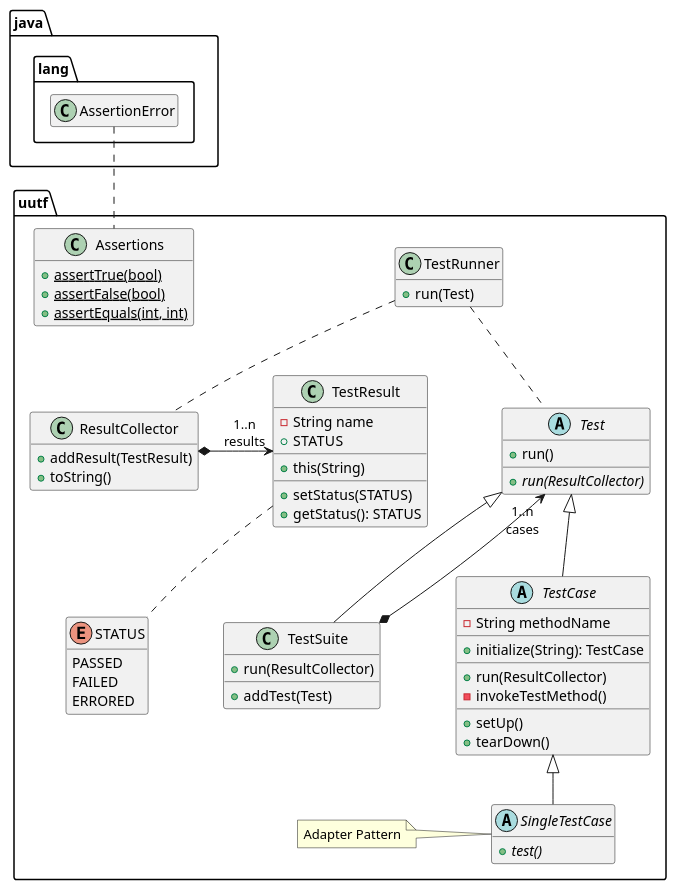
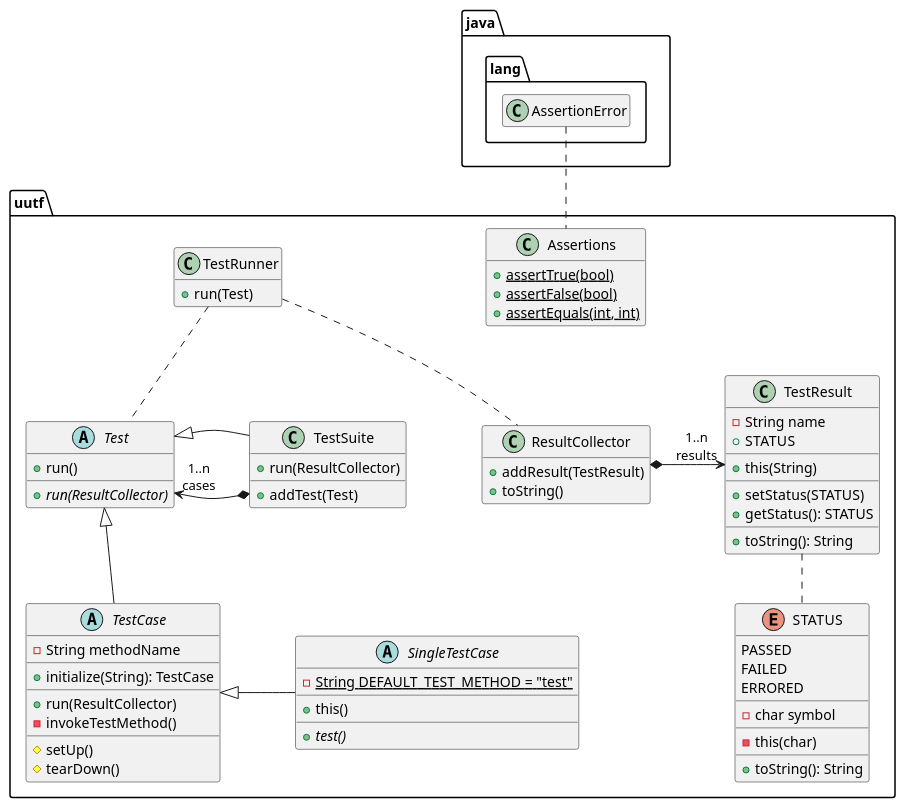
Before and after one commit to ace-lectures/inf5153-junit-demo: the diagram in docs/uml/6_integration_java.puml, drawn with PlantUML. The commit also changed 24 other files, not shown here.

```diff
--- a/docs/uml/6_integration_java.puml
+++ b/docs/uml/6_integration_java.puml
@@ -1,98 +1,109 @@
 @startuml
 
 skinparam nodesep 75
 skinparam ranksep 50
 hide empty members
 
 package uutf {
 
   class Assertions {
     + {static} assertTrue(bool)
     + {static} assertFalse(bool)
     + {static} assertEquals(int, int)
   }
 
   abstract class Test {
     + run()
     __
     + {abstract} run(ResultCollector)
   }
 
   abstract class TestCase {
     - String methodName
     __
     + initialize(String): TestCase
     __
     + run(ResultCollector)
     - invokeTestMethod()
     __
-    + setUp()
-    + tearDown()
+    # setUp()
+    # tearDown()
   }
 
   abstract class SingleTestCase {
-      + {abstract} test()
+    - {static} String DEFAULT_TEST_METHOD = "test"
+    __
+    + this()
+    __
+    + {abstract} test()
   }
-  note left: Adapter Pattern
 
-  TestCase <|-- SingleTestCase
+  TestCase <|- SingleTestCase
 
 
   class TestSuite {
     + run(ResultCollector)
     __
     + addTest(Test)
   }
 
-  TestSuite *--> "1..n\ncases" Test
+  TestSuite *-> "1..n\ncases" Test
 
   class TestRunner {
     + run(Test)
   }
 
   TestRunner .. Test
 
   Test <|-- TestCase
   Test <|-- TestSuite
 
   class ResultCollector {
     + addResult(TestResult)
     + toString()
   }
 
   ResultCollector *-> "1..n\nresults" TestResult
 
   Assertions .[hidden]. ResultCollector
 
-enum STATUS {
-  PASSED
-  FAILED
-  ERRORED
-}
+  enum STATUS {
+    PASSED
+    FAILED
+    ERRORED
+    __
+    - char symbol
+    __
+    - this(char)
+    __
+    + toString(): String
+  }
 
-class TestResult {
-  - String name
-  + STATUS
-  __
-  + this(String)
-  __
-  + setStatus(STATUS)
-  + getStatus(): STATUS
-}
+  class TestResult {
+    - String name
+    + STATUS
+    __
+    + this(String)
+    __
+    + setStatus(STATUS)
+    + getStatus(): STATUS
+    __
+    + toString(): String
+  }
 
 TestResult .. STATUS
 TestRunner .. ResultCollector
 
 }
 
 package java.lang {
   class AssertionError
 }
 
 AssertionError .. Assertions
 
 
 
 
 
 @enduml
```
